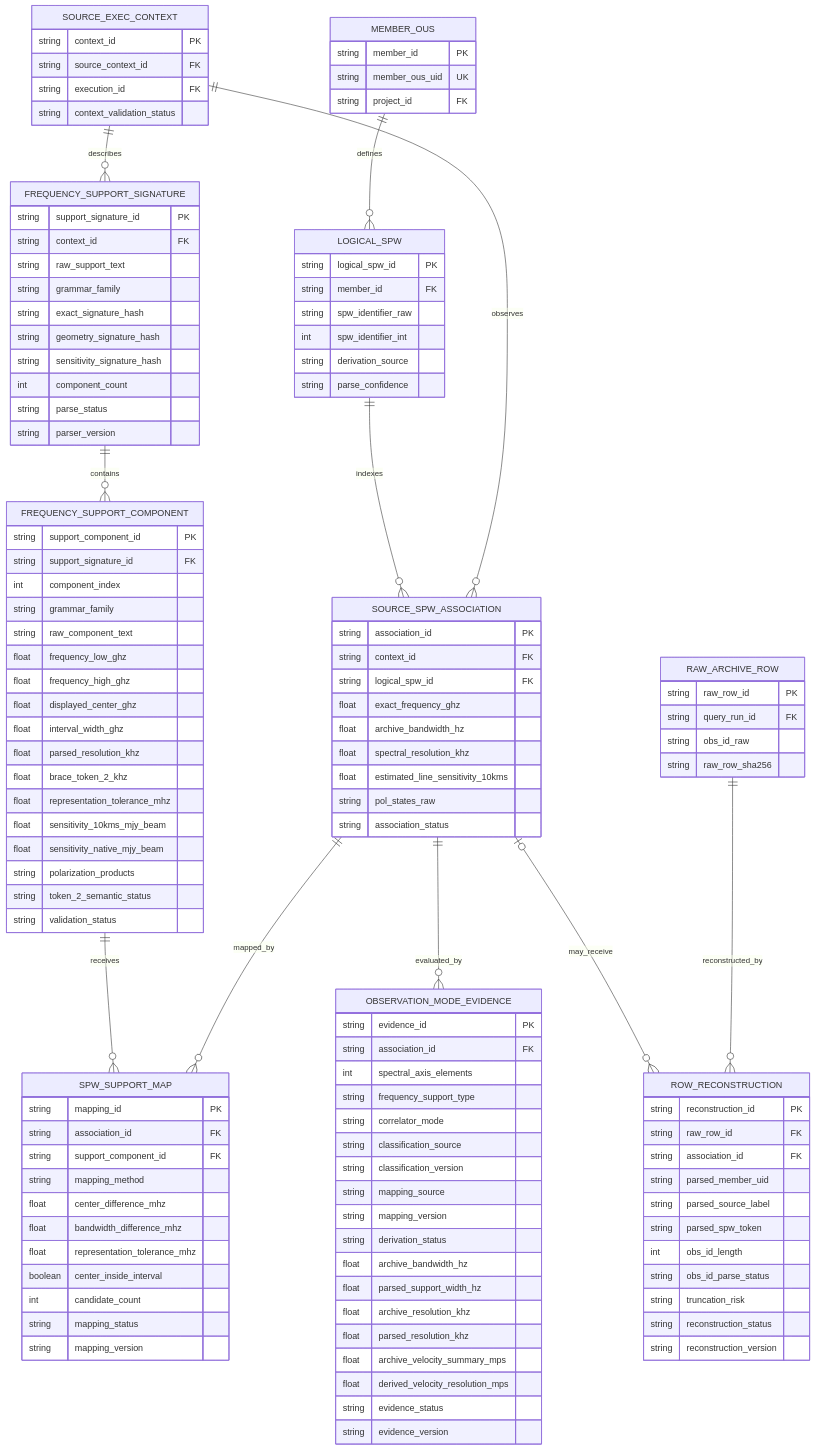
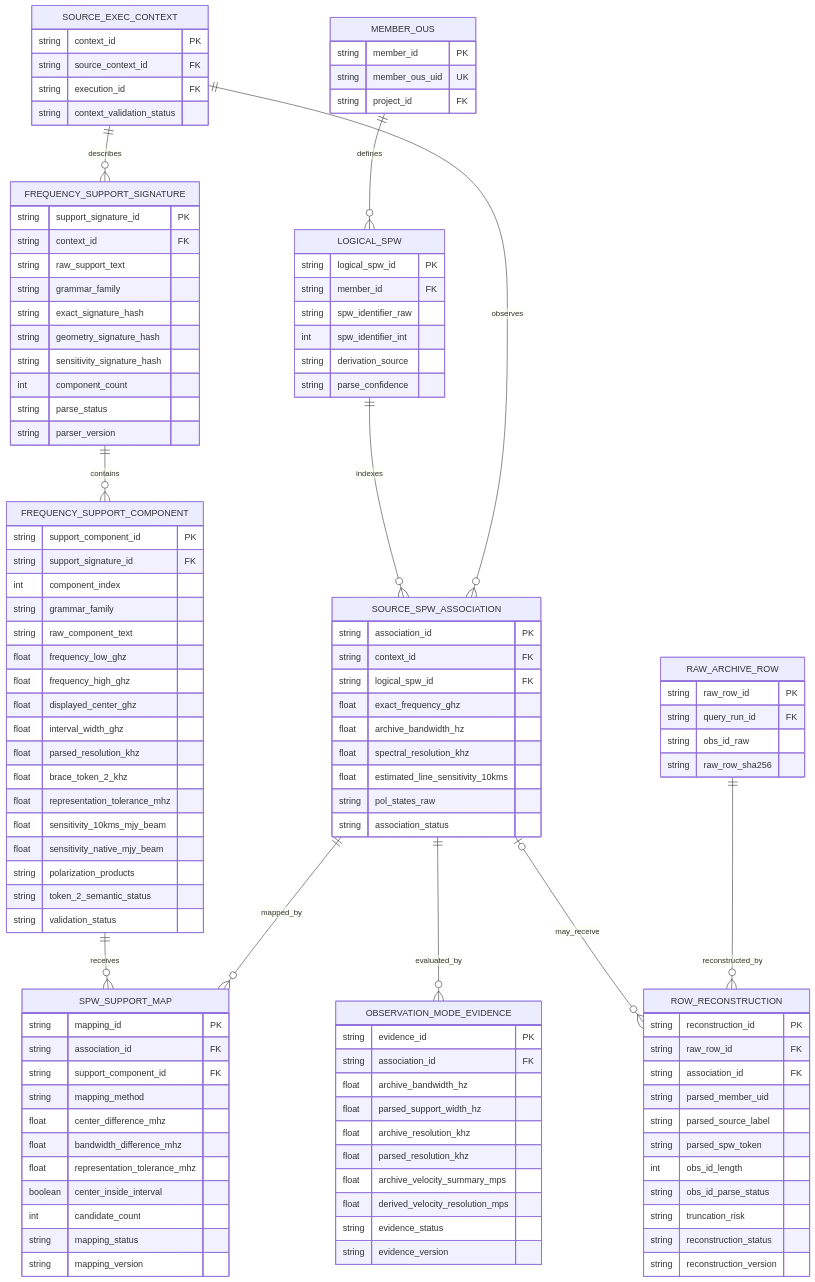
One commit to skycharon2/alma-duplication-tool changed the fourth of 4 diagrams in docs/data_model.md. Above: the diagram before and after it, drawn with Mermaid. The commit also changed other lines of this file and 13 other files, not shown here.

```diff
--- a/docs/data_model.md
+++ b/docs/data_model.md
@@ -435,14 +435,6 @@
     OBSERVATION_MODE_EVIDENCE {
         string evidence_id PK
         string association_id FK
-        int spectral_axis_elements
-        string frequency_support_type
-        string correlator_mode
-        string classification_source
-        string classification_version
-        string mapping_source
-        string mapping_version
-        string derivation_status
         float archive_bandwidth_hz
         float parsed_support_width_hz
         float archive_resolution_khz
```
